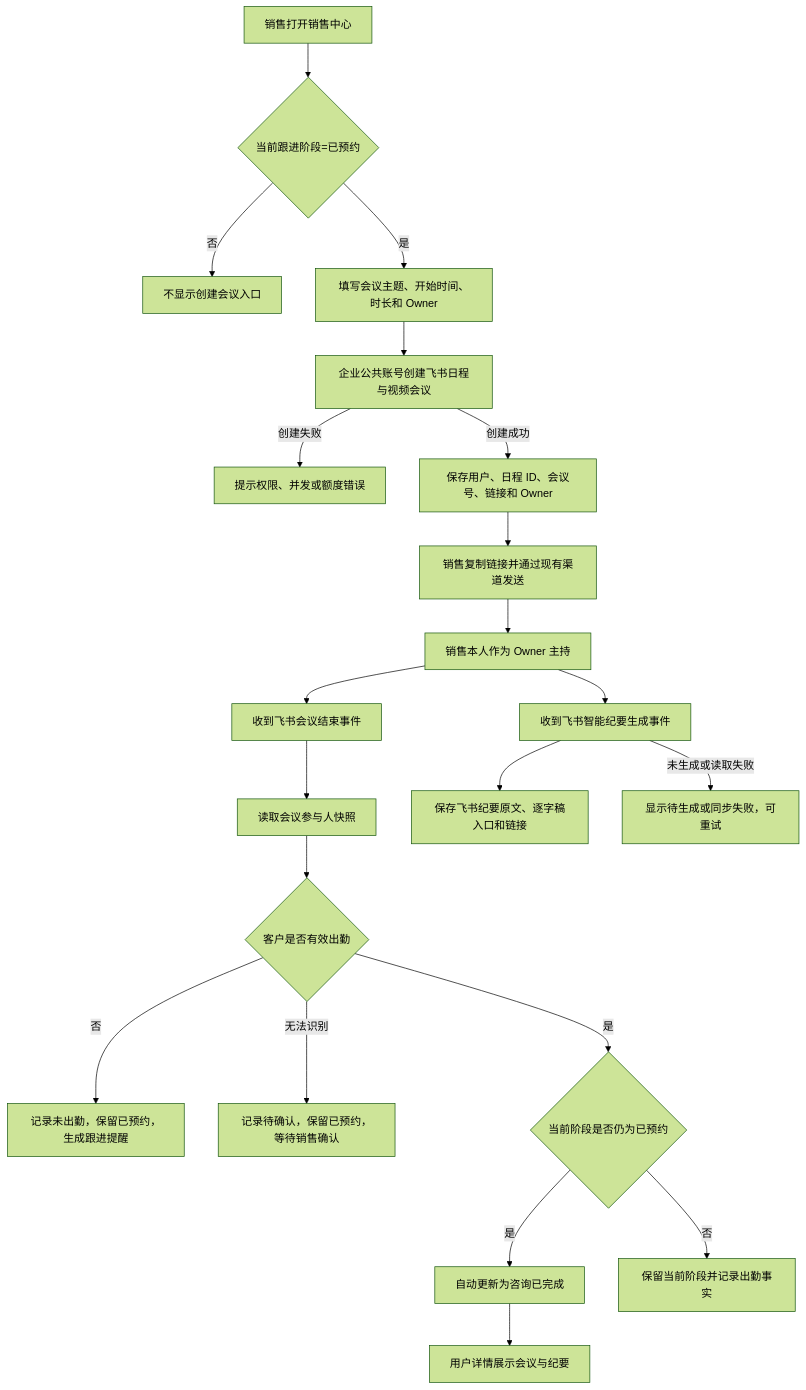
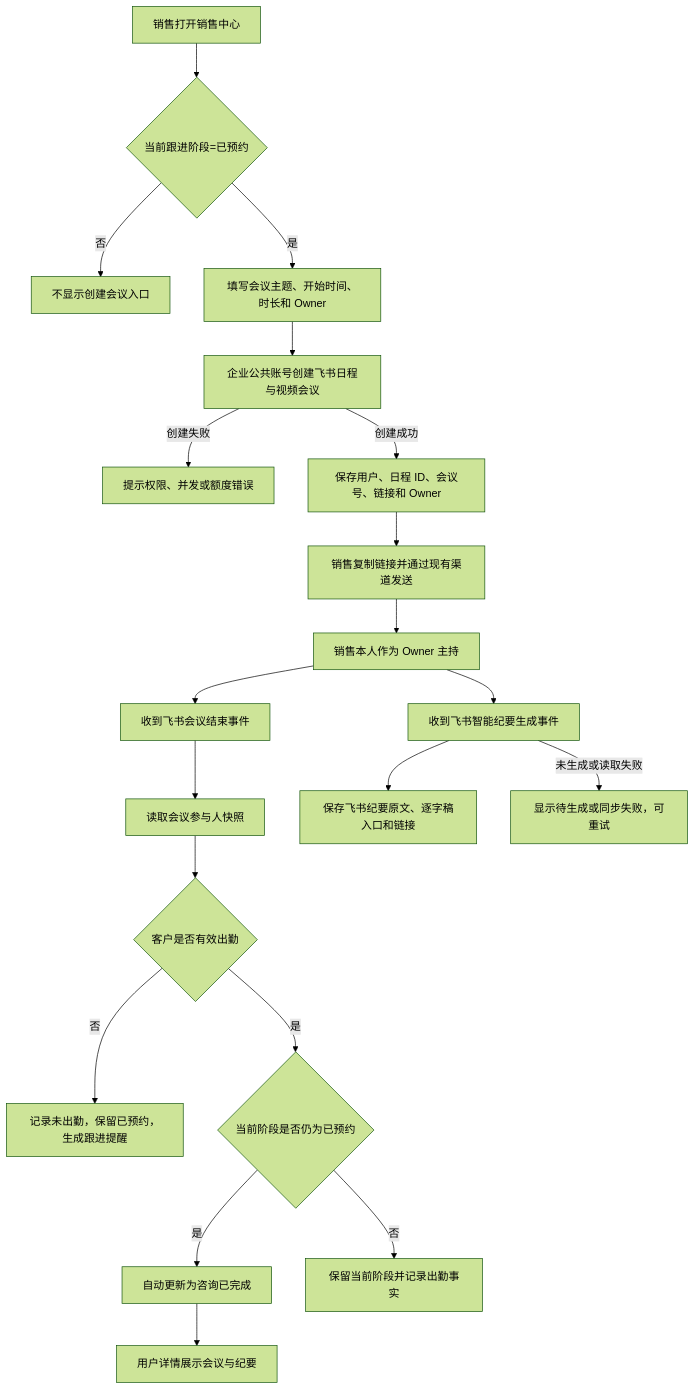
One commit to h3-ai-lab/hhhprd changed the diagram in projects/crm-consultation-meeting/prd/PRD.md. Above: the diagram before and after it, drawn with Mermaid (forest theme). The commit also changed other lines of this file and 5 other files, not shown here.

````diff
--- a/projects/crm-consultation-meeting/prd/PRD.md
+++ b/projects/crm-consultation-meeting/prd/PRD.md
@@ -52,23 +52,22 @@
 ```mermaid
 flowchart TD
     A[销售打开销售中心] --> B{当前跟进阶段=已预约}
     B -->|否| B1[不显示创建会议入口]
     B -->|是| C[填写会议主题、开始时间、时长和 Owner]
     C --> D[企业公共账号创建飞书日程与视频会议]
     D -->|创建失败| D1[提示权限、并发或额度错误]
     D -->|创建成功| E[保存用户、日程 ID、会议号、链接和 Owner]
     E --> F[销售复制链接并通过现有渠道发送]
     F --> G[销售本人作为 Owner 主持]
     G --> H[收到飞书会议结束事件]
     H --> I[读取会议参与人快照]
     I --> J{客户是否有效出勤}
     J -->|否| J1[记录未出勤，保留已预约，生成跟进提醒]
-    J -->|无法识别| J2[记录待确认，保留已预约，等待销售确认]
     J -->|是| K{当前阶段是否仍为已预约}
     K -->|是| L[自动更新为咨询已完成]
     K -->|否| L1[保留当前阶段并记录出勤事实]
     G --> M[收到飞书智能纪要生成事件]
     M --> N[保存飞书纪要原文、逐字稿入口和链接]
     M -->|未生成或读取失败| N1[显示待生成或同步失败，可重试]
     L --> O[用户详情展示会议与纪要]
 ```
````
